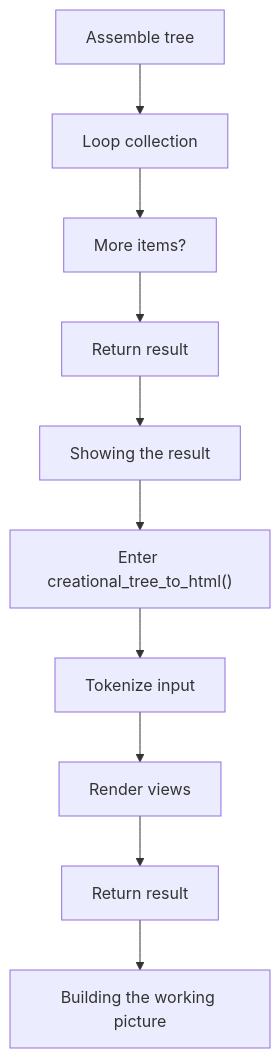
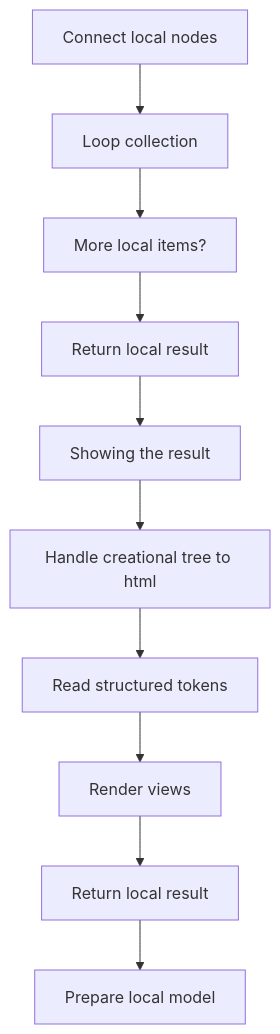
Before and after one commit to JohnAndrewBalbarosa/NeoTerritory: the second of 4 diagrams in docs/Codebase/Microservice/Modules/Source/Trees/ClassGeneration/VirtualBroken/Creational/Flow/creational_broken_tree_program_flow.cpp.md, drawn with Mermaid. The commit also changed other lines of this file and 925 other files, not shown here.

````diff
--- a/docs/Codebase/Microservice/Modules/Source/Trees/ClassGeneration/VirtualBroken/Creational/Flow/creational_broken_tree_program_flow.cpp.md
+++ b/docs/Codebase/Microservice/Modules/Source/Trees/ClassGeneration/VirtualBroken/Creational/Flow/creational_broken_tree_program_flow.cpp.md
@@ -41,22 +41,22 @@
 ```mermaid
 flowchart TD
-    N0["Assemble tree"]
+    N0["Connect local nodes"]
     N1["Loop collection"]
-    N2["More items?"]
-    N3["Return result"]
+    N2["More local items?"]
+    N3["Return local result"]
     N4["Showing the result"]
-    N5["Enter creational_tree_to_html()"]
-    N6["Tokenize input"]
+    N5["Handle creational tree to html"]
+    N6["Read structured tokens"]
     N7["Render views"]
-    N8["Return result"]
-    N9["Building the working picture"]
+    N8["Return local result"]
+    N9["Prepare local model"]
     N0 --> N1
     N1 --> N2
     N2 --> N3
     N3 --> N4
     N4 --> N5
     N5 --> N6
     N6 --> N7
     N7 --> N8
     N8 --> N9
 ```
````
